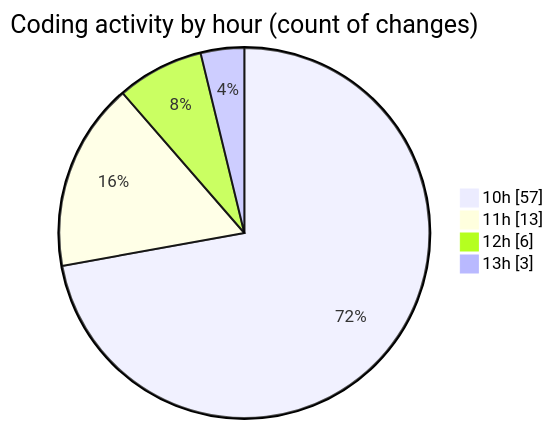
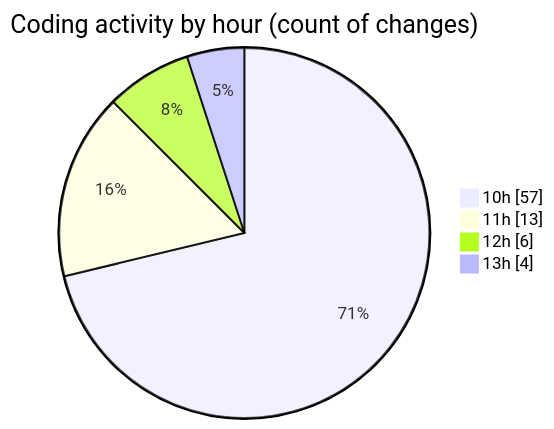
The second of 2 diagrams in 2025-01-13/nueva_carpeta/README.md (LanceThiago/code-tracking), drawn with Mermaid before and after one commit. The commit also changed other lines of this file and 1 other file, not shown here.

````diff
--- a/2025-01-13/nueva_carpeta/README.md
+++ b/2025-01-13/nueva_carpeta/README.md
@@ -28,8 +28,8 @@
 ```mermaid
 pie showData
 title Coding activity by hour (count of changes)
 "10h" : 57
 "11h" : 13
 "12h" : 6
-"13h" : 3
+"13h" : 4
 ```
````
